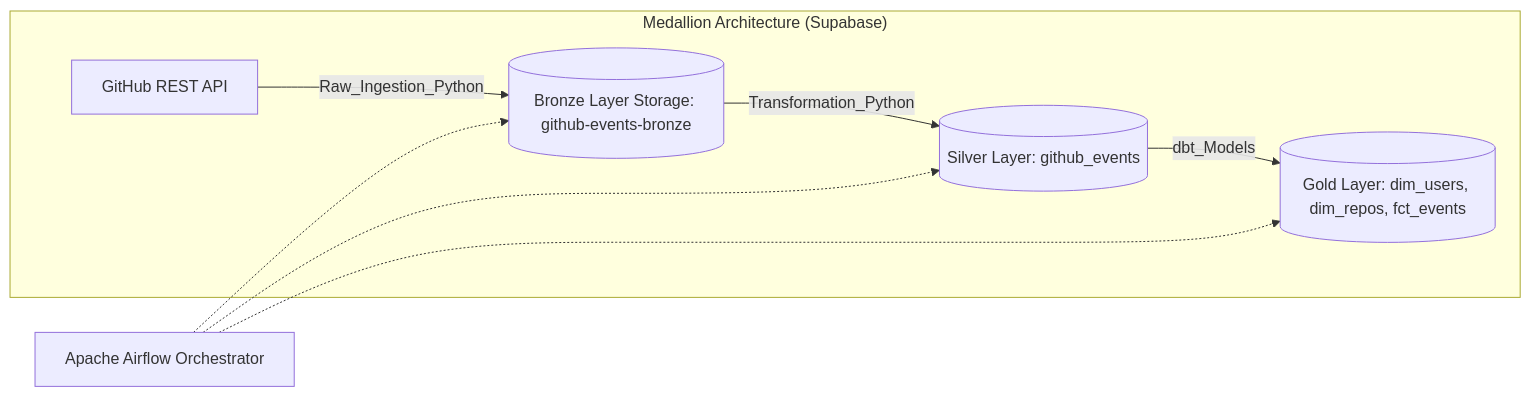
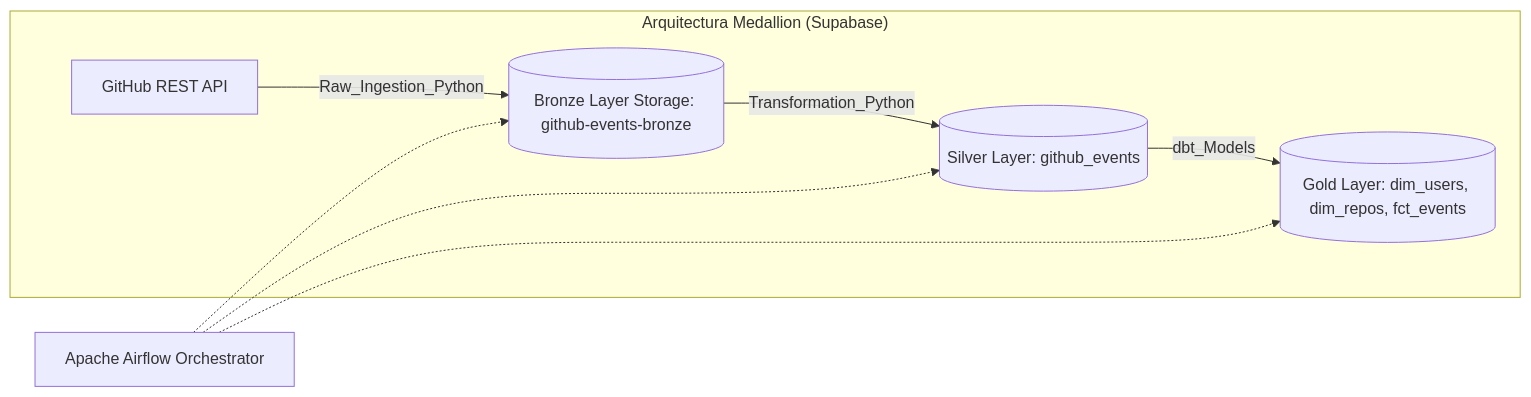
One commit to oelasmar/github-events-analytics changed the first of 4 diagrams in README.md. Above: the diagram before and after it, drawn with Mermaid. The commit also changed other lines of this file, not shown here.

````diff
--- a/README.md
+++ b/README.md
@@ -16,15 +16,15 @@
 ```mermaid
 graph LR
-    subgraph "Medallion Architecture (Supabase)"
+    subgraph "Arquitectura Medallion (Supabase)"
         GH_API[GitHub REST API] -->|Raw_Ingestion_Python| BRONZE[(Bronze Layer Storage: github-events-bronze)]
         BRONZE -->|Transformation_Python| SILVER[(Silver Layer: github_events)]
         SILVER -->|dbt_Models| GOLD[(Gold Layer: dim_users, dim_repos, fct_events)]
     end
 
     AIRFLOW[Apache Airflow Orchestrator]
 
     AIRFLOW -.-> BRONZE
     AIRFLOW -.-> SILVER
     AIRFLOW -.-> GOLD
 
 ```
````
